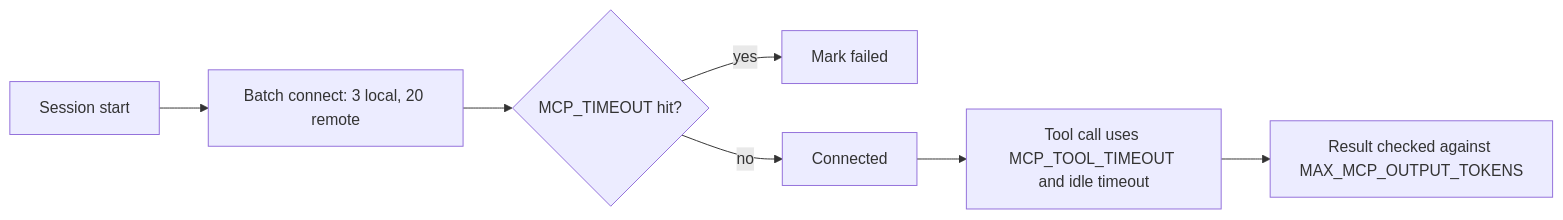
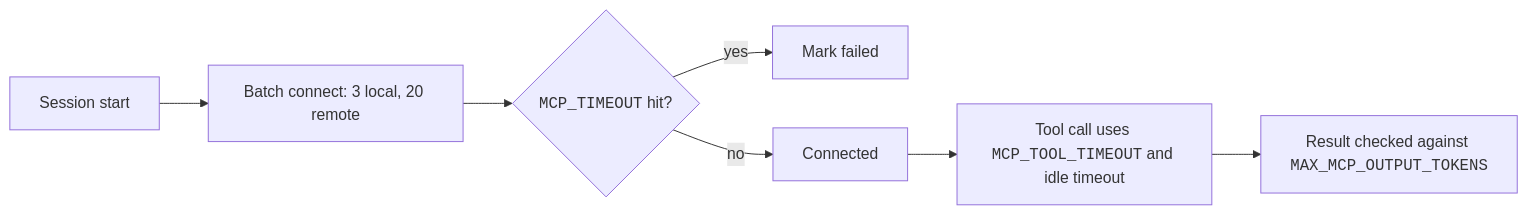
One commit to xsyetopz/claude-code-docs changed the diagram in docs/extend/mcp/env.md. Above: the diagram before and after it, drawn with Mermaid. The commit also changed other lines of this file and 164 other files, not shown here.

First line of the commit message:
docs: linked citations, yes/no markers, file trees, code in diagrams

````diff
--- a/docs/extend/mcp/env.md
+++ b/docs/extend/mcp/env.md
@@ -106,9 +106,9 @@
 ```mermaid
 flowchart LR
   A[Session start] --> B[Batch connect: 3 local, 20 remote]
-  B --> C{MCP_TIMEOUT hit?}
+  B --> C{"<code>MCP_TIMEOUT</code> hit?"}
   C -->|yes| F[Mark failed]
   C -->|no| D[Connected]
-  D --> E[Tool call uses MCP_TOOL_TIMEOUT and idle timeout]
-  E --> G[Result checked against MAX_MCP_OUTPUT_TOKENS]
+  D --> E["Tool call uses <code>MCP_TOOL_TIMEOUT</code> and idle timeout"]
+  E --> G["Result checked against <code>MAX_MCP_OUTPUT_TOKENS</code>"]
 ```
````
